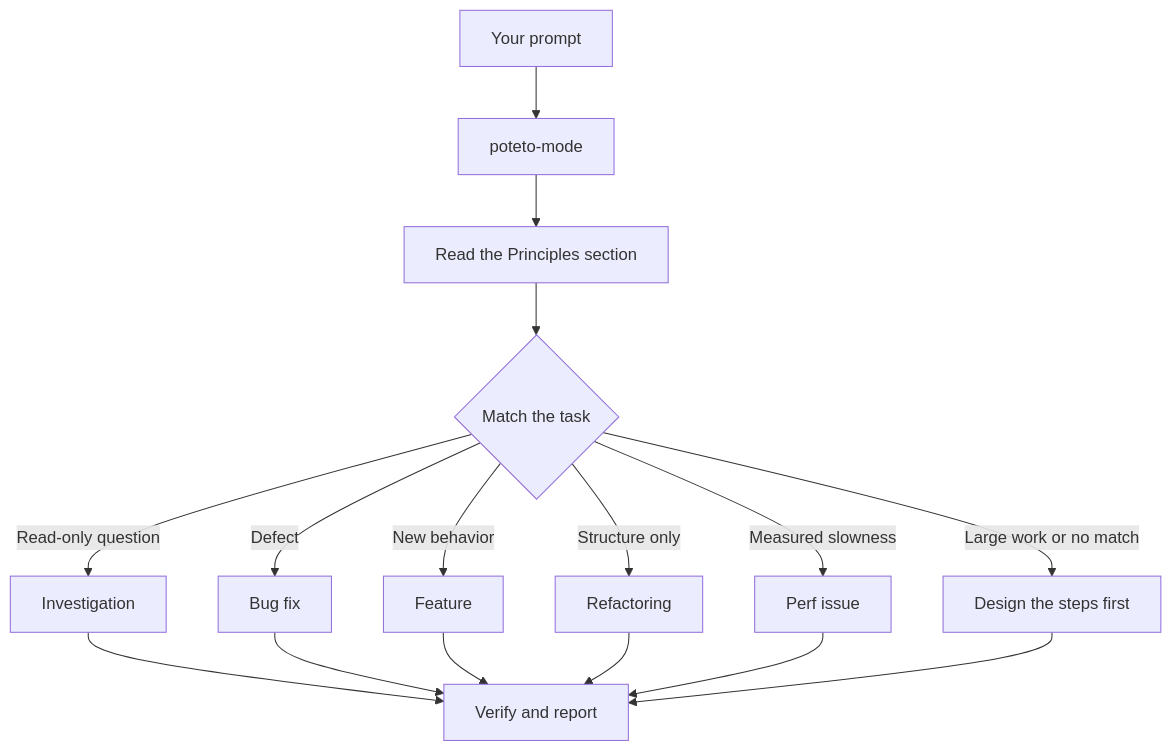
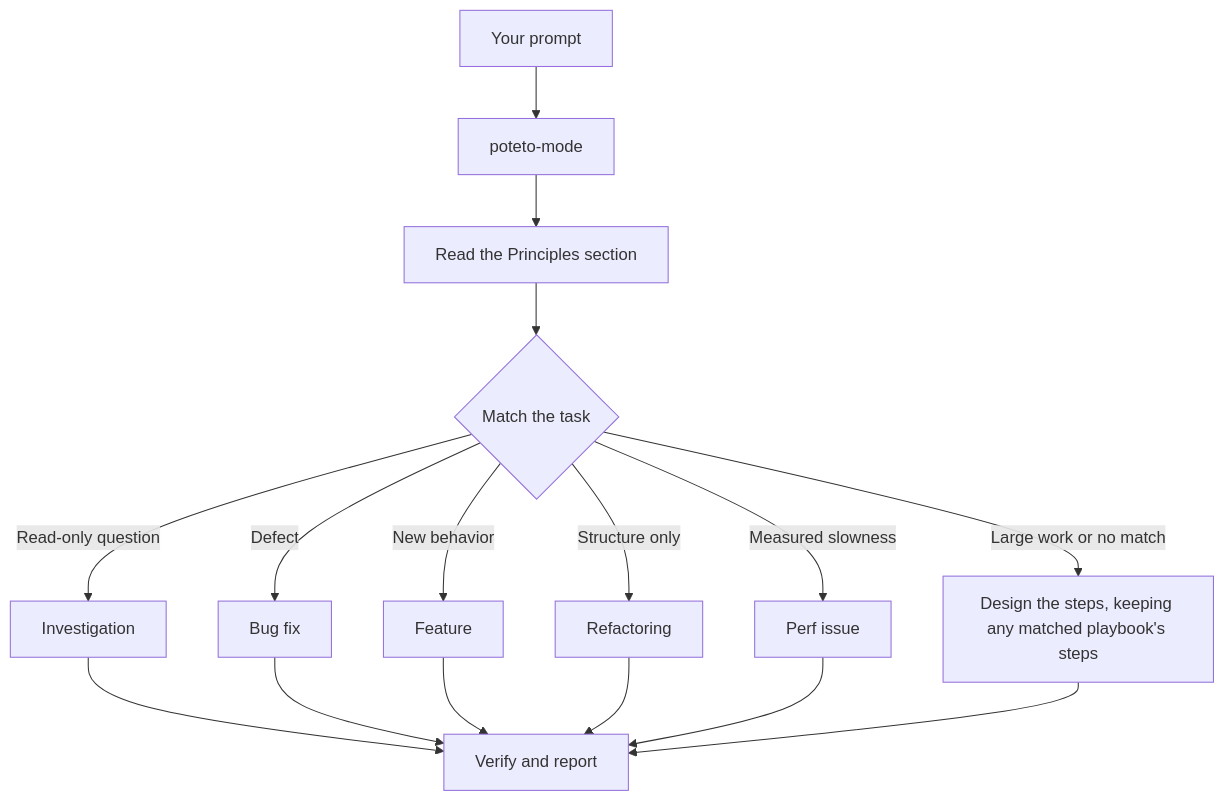
One commit to AndBoyS/pstack changed the diagram in docs/guide/02-poteto-mode.md. Above: the diagram before and after it, drawn with Mermaid. The commit also changed 2 other files, not shown here.

Commit message:
fix(pstack): back the plan-only rule for every plan request
A third review found the plan-only paragraph pointing at "the designed
steps" when nothing designs them. A small plan request that matches
Feature never reached the step-design paragraph, so the guide's promise
of a pass/fail, riskiest-first plan for every plan request had nothing
behind it.

- A plan request now designs the steps the same way even for small
  work, marks the matched playbook's build steps `skip: plan only`,
  and overrides any step's no-skip rule, such as Feature step 4's,
  because a plan writes no code.
- For large work that matches a narrower playbook, the designed steps
  take the place of the steps they replace instead of landing after
  that playbook's prove, rebase and PR steps.
- Work no playbook fits now has an ending: the done check on the real
  artifact, Opening a PR if code changed, and a reply naming the steps,
  the check and its verdict, and what is still open.
- Refactoring no longer says large work leaves the playbook. Its steps
  are copied in and step 1's behavior pin stays.
- The guide's routing diagram says the matched playbook's steps are
  kept for large work.

````diff
--- a/docs/guide/02-poteto-mode.md
+++ b/docs/guide/02-poteto-mode.md
@@ -9,18 +9,18 @@
 ```mermaid
 flowchart TD
     A[Your prompt] --> B[poteto-mode]
     B --> C[Read the Principles section]
     C --> D{Match the task}
     D -->|Read-only question| E[Investigation]
     D -->|Defect| F[Bug fix]
     D -->|New behavior| G[Feature]
     D -->|Structure only| H[Refactoring]
     D -->|Measured slowness| I[Perf issue]
-    D -->|Large work or no match| J[Design the steps first]
+    D -->|Large work or no match| J[Design the steps, keeping any matched playbook's steps]
     E --> K[Verify and report]
     F --> K
     G --> K
     H --> K
     I --> K
     J --> K
 ```
````
